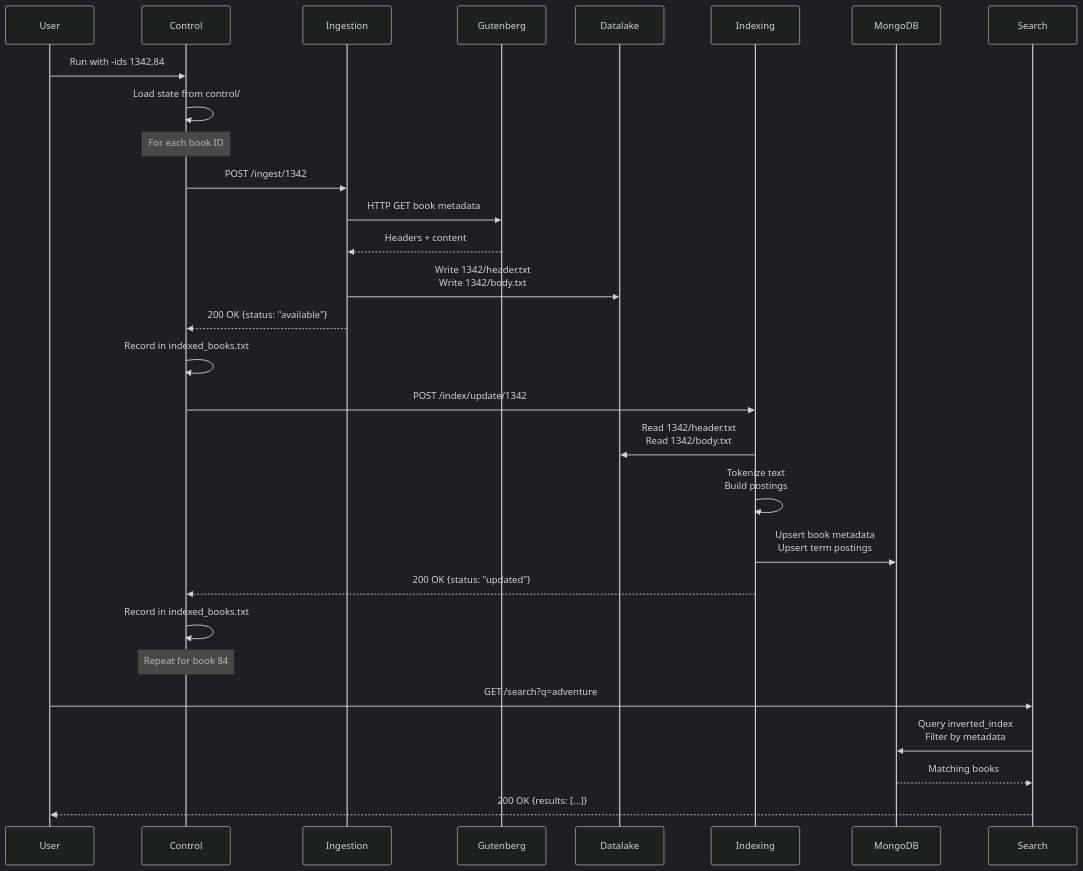
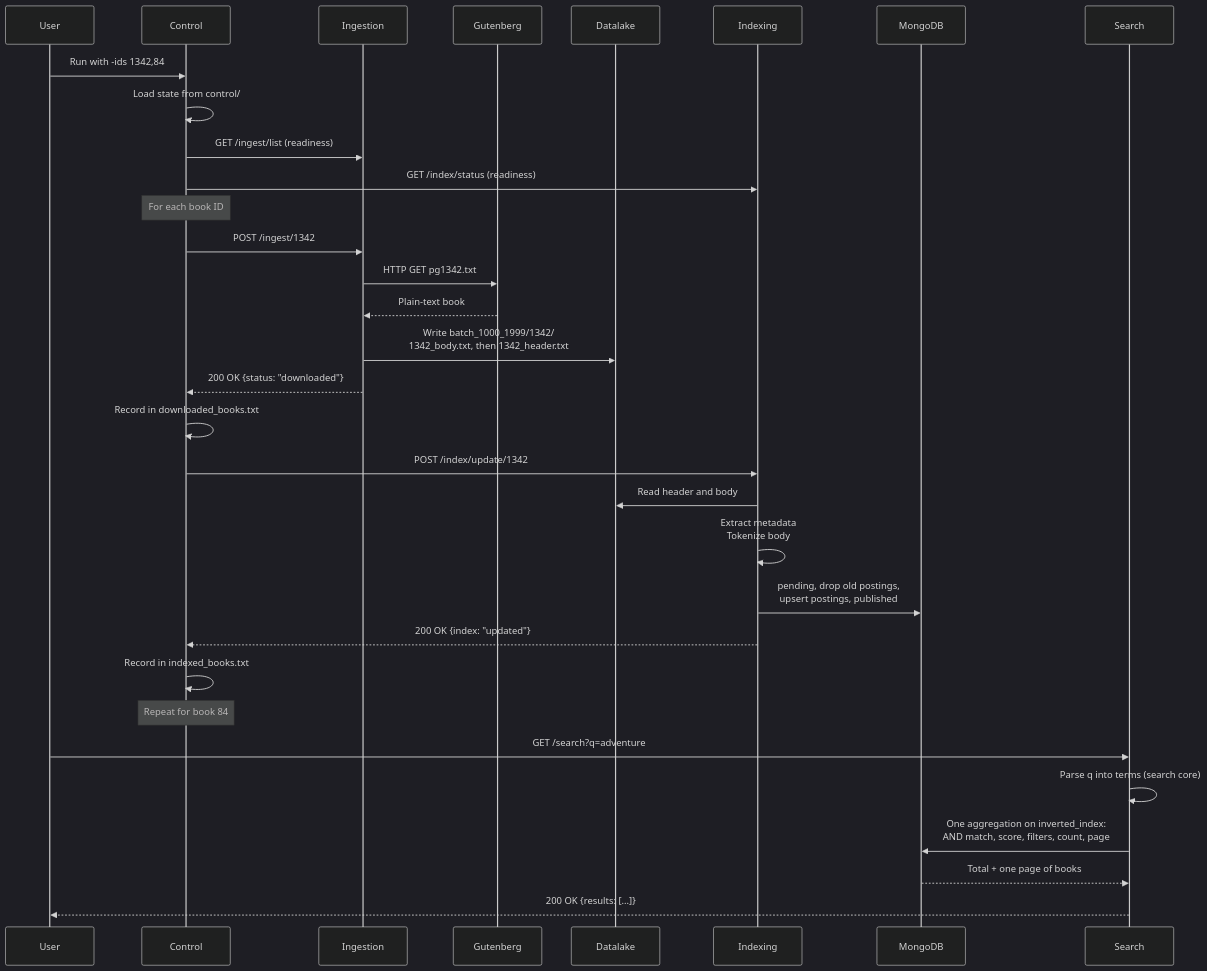
Before and after one commit to bigdata-devs/stage_2: the third of 7 diagrams in docs/architecture.md, drawn with Mermaid (dark theme). The commit also changed other lines of this file and 3 other files, not shown here.

````diff
--- a/docs/architecture.md
+++ b/docs/architecture.md
@@ -51,35 +187,39 @@
 ```mermaid
 sequenceDiagram
     participant User
     participant Control
     participant Ingestion
     participant Gutenberg
     participant Datalake
     participant Indexing
     participant MongoDB
-    
+    participant Search
+
     User->>Control: Run with -ids 1342,84
     Control->>Control: Load state from control/
-    
+    Control->>Ingestion: GET /ingest/list (readiness)
+    Control->>Indexing: GET /index/status (readiness)
+
     Note over Control: For each book ID
     Control->>Ingestion: POST /ingest/1342
-    Ingestion->>Gutenberg: HTTP GET book metadata
-    Gutenberg-->>Ingestion: Headers + content
-    Ingestion->>Datalake: Write 1342/header.txt<br/>Write 1342/body.txt
-    Ingestion-->>Control: 200 OK {status: "available"}
+    Ingestion->>Gutenberg: HTTP GET pg1342.txt
+    Gutenberg-->>Ingestion: Plain-text book
+    Ingestion->>Datalake: Write batch_1000_1999/1342/<br/>1342_body.txt, then 1342_header.txt
+    Ingestion-->>Control: 200 OK {status: "downloaded"}
+    Control->>Control: Record in downloaded_books.txt
+
+    Control->>Indexing: POST /index/update/1342
+    Indexing->>Datalake: Read header and body
+    Indexing->>Indexing: Extract metadata<br/>Tokenize body
+    Indexing->>MongoDB: pending, drop old postings,<br/>upsert postings, published
+    Indexing-->>Control: 200 OK {index: "updated"}
     Control->>Control: Record in indexed_books.txt
-    
-    Control->>Indexing: POST /index/update/1342
-    Indexing->>Datalake: Read 1342/header.txt<br/>Read 1342/body.txt
-    Indexing->>Indexing: Tokenize text<br/>Build postings
-    Indexing->>MongoDB: Upsert book metadata<br/>Upsert term postings
-    Indexing-->>Control: 200 OK {status: "updated"}
-    Control->>Control: Record in indexed_books.txt
-    
+
     Note over Control: Repeat for book 84
-    
+
     User->>Search: GET /search?q=adventure
-    Search->>MongoDB: Query inverted_index<br/>Filter by metadata
-    MongoDB-->>Search: Matching books
+    Search->>Search: Parse q into terms (search core)
+    Search->>MongoDB: One aggregation on inverted_index:<br/>AND match, score, filters, count, page
+    MongoDB-->>Search: Total + one page of books
     Search-->>User: 200 OK {results: [...]}
 ```
````
